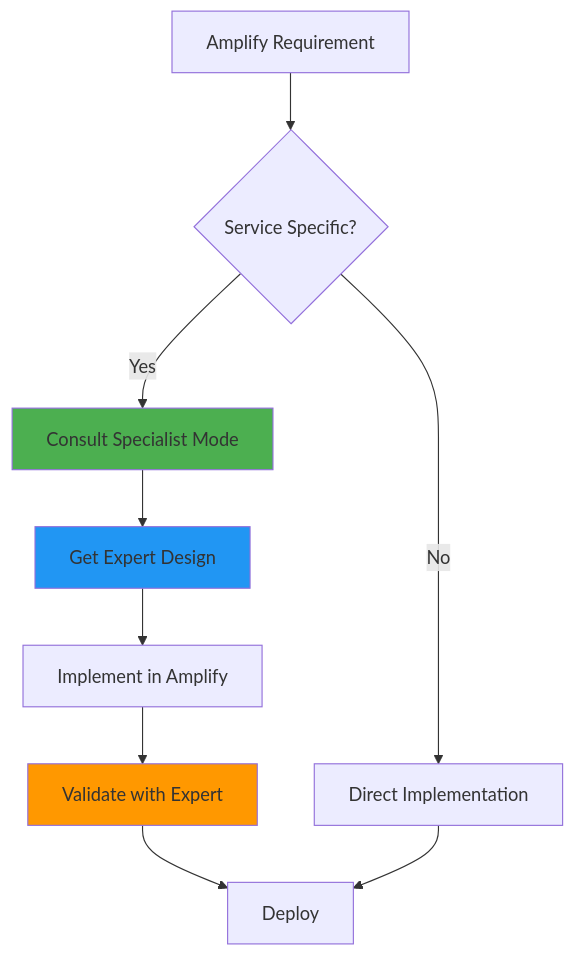
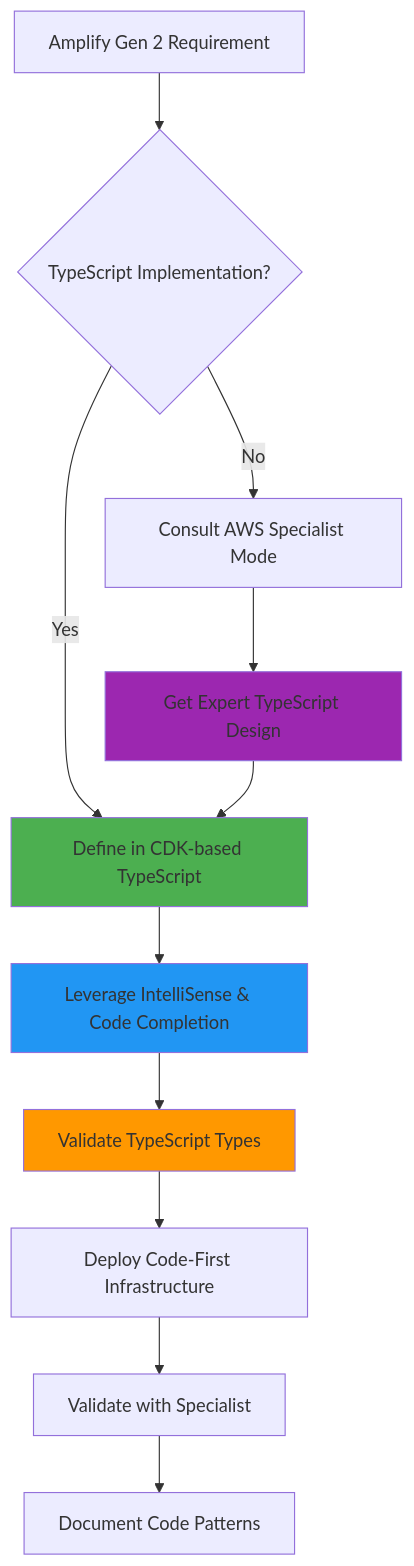
The first of 5 diagrams in AmplifyForge-mode.md (jigza/maestro), drawn with Mermaid before and after one commit. The commit also changed other lines of this file and 5 other files, not shown here.

````diff
--- a/AmplifyForge-mode.md
+++ b/AmplifyForge-mode.md
@@ -62,15 +133,18 @@
 ```mermaid
 graph TD
-    A[Amplify Requirement] --> B{Service Specific?}
-    B -->|Yes| C[Consult Specialist Mode]
-    B -->|No| D[Direct Implementation]
-    C --> E[Get Expert Design]
-    E --> F[Implement in Amplify]
-    F --> G[Validate with Expert]
-    G --> H[Deploy]
-    D --> H
+    A[Amplify Gen 2 Requirement] --> B{TypeScript Implementation?}
+    B -->|Yes| C[Define in CDK-based TypeScript]
+    B -->|No| D[Consult AWS Specialist Mode]
+    C --> E[Leverage IntelliSense & Code Completion]
+    E --> F[Validate TypeScript Types]
+    F --> G[Deploy Code-First Infrastructure]
+    D --> H[Get Expert TypeScript Design]
+    H --> C
+    G --> I[Validate with Specialist]
+    I --> J[Document Code Patterns]
     
     style C fill:#4CAF50
     style E fill:#2196F3
-    style G fill:#FF9800
+    style F fill:#FF9800
+    style H fill:#9C27B0
 ```
````
